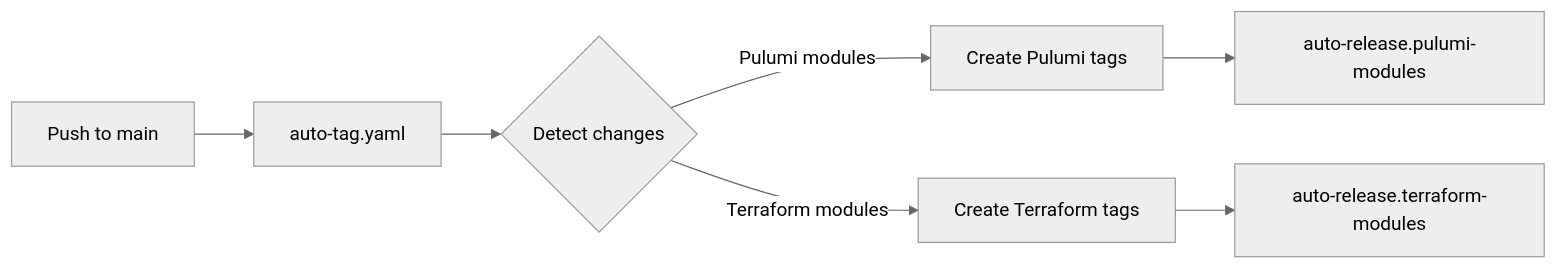
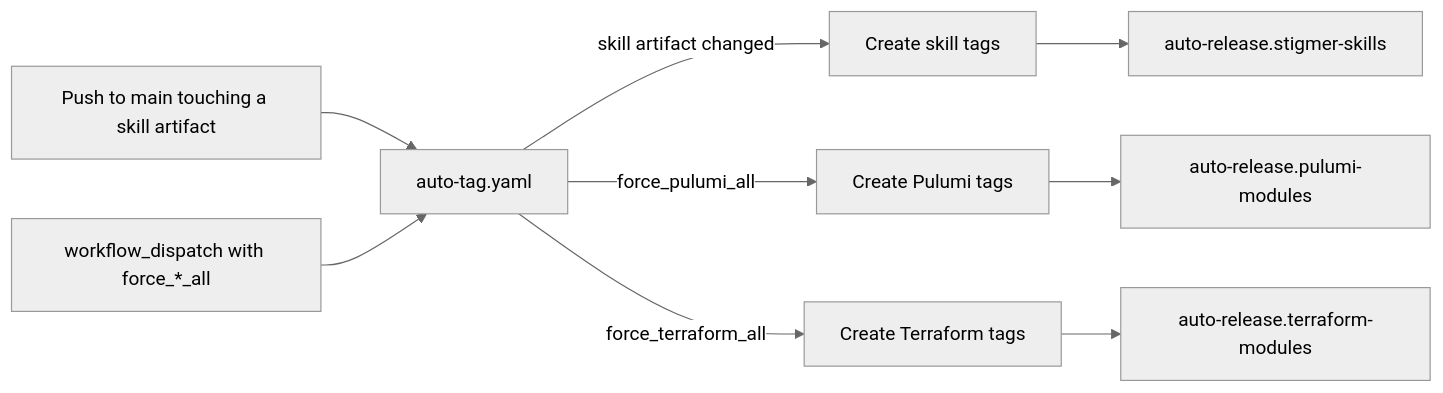
The first of 2 diagrams in .github/workflows/docs/auto-tags.md (plantonhq/openmcf), drawn with Mermaid (neutral theme) before and after one commit. The commit also changed other lines of this file and 2 other files, not shown here.

First line of the commit message:
ci(auto-tag): module tags are dispatch-only; skill lanes keep tagging on push

````diff
--- a/.github/workflows/docs/auto-tags.md
+++ b/.github/workflows/docs/auto-tags.md
@@ -11,9 +20,11 @@
 ```mermaid
 flowchart LR
-    A[Push to main] --> B[auto-tag.yaml]
-    B --> C{Detect changes}
-    C -->|Pulumi modules| G[Create Pulumi tags]
-    C -->|Terraform modules| H[Create Terraform tags]
+    Push[Push to main touching a skill artifact] --> B[auto-tag.yaml]
+    Dispatch["workflow_dispatch with force_*_all"] --> B
+    B -->|skill artifact changed| S[Create skill tags]
+    B -->|force_pulumi_all| G[Create Pulumi tags]
+    B -->|force_terraform_all| H[Create Terraform tags]
+    S --> N[auto-release.stigmer-skills]
     G --> L[auto-release.pulumi-modules]
     H --> M[auto-release.terraform-modules]
 ```
````
